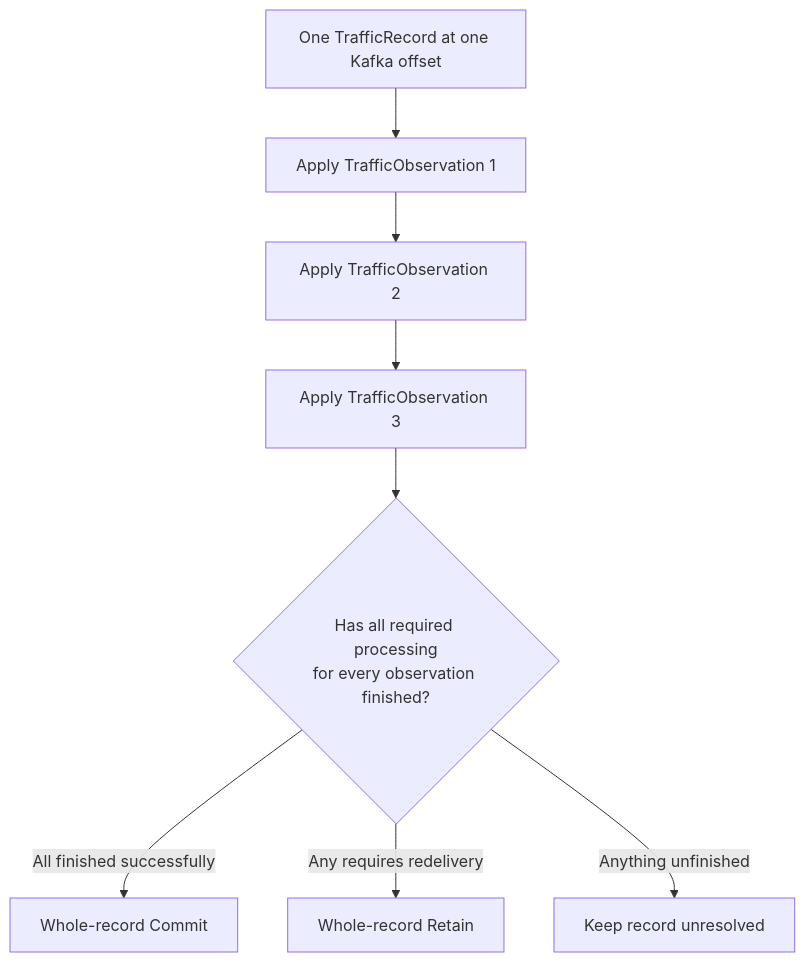
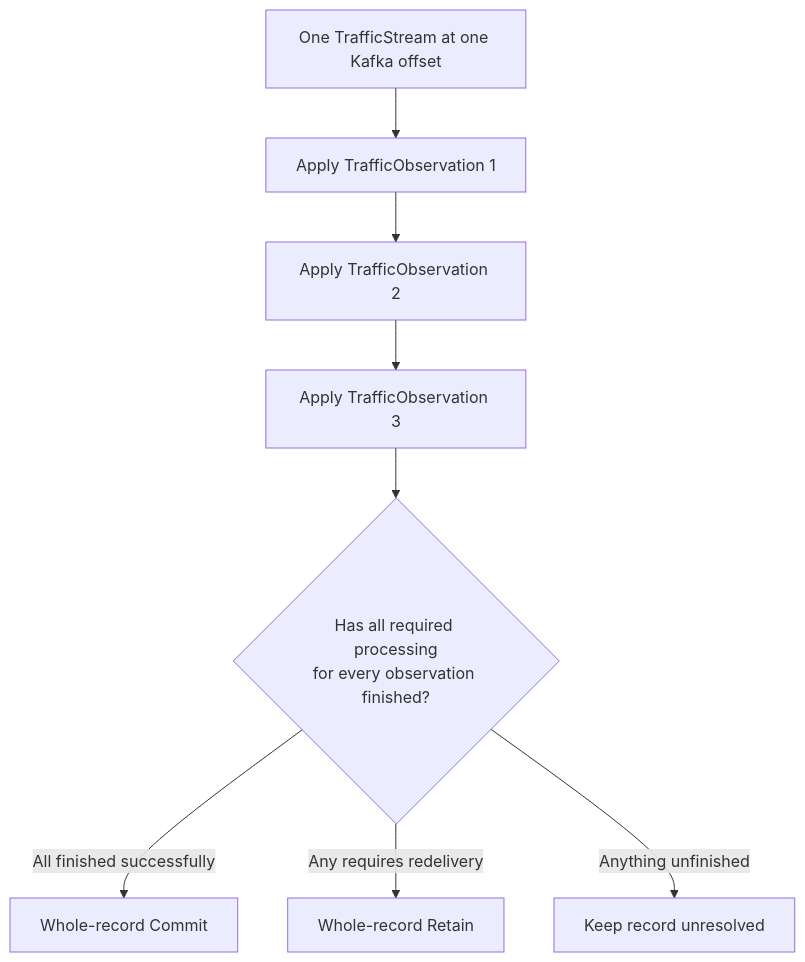
The second of 3 diagrams in docs/captureAndReplayArchitecture.md (opensearch-project/opensearch-migrations), drawn with Mermaid before and after one commit. The commit also changed other lines of this file and 10 other files, not shown here.

First line of the commit message:
Design wave: document architecture, expiration, and cancellation

````diff
--- a/docs/captureAndReplayArchitecture.md
+++ b/docs/captureAndReplayArchitecture.md
@@ -701,19 +659,19 @@
 ```mermaid
 flowchart TD
-    Record["One TrafficRecord at one Kafka offset"]
+    Record["One TrafficStream at one Kafka offset"]
     O1["Apply TrafficObservation 1"]
     O2["Apply TrafficObservation 2"]
     O3["Apply TrafficObservation 3"]
     Join{"Has all required processing<br/>for every observation finished?"}
     Commit["Whole-record Commit"]
     Retain["Whole-record Retain"]
     Wait["Keep record unresolved"]
 
     Record --> O1
     O1 --> O2
     O2 --> O3
     O3 --> Join
     Join -->|"All finished successfully"| Commit
     Join -->|"Any requires redelivery"| Retain
     Join -->|"Anything unfinished"| Wait
 ```
````
